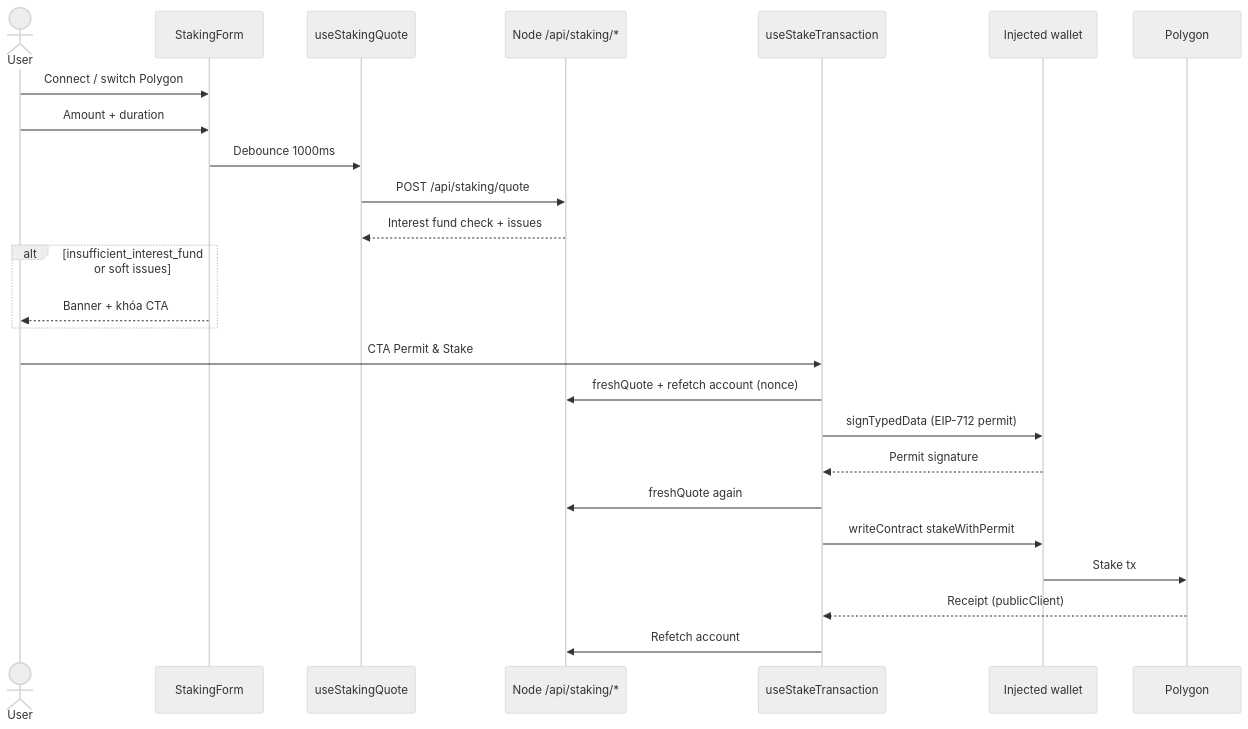
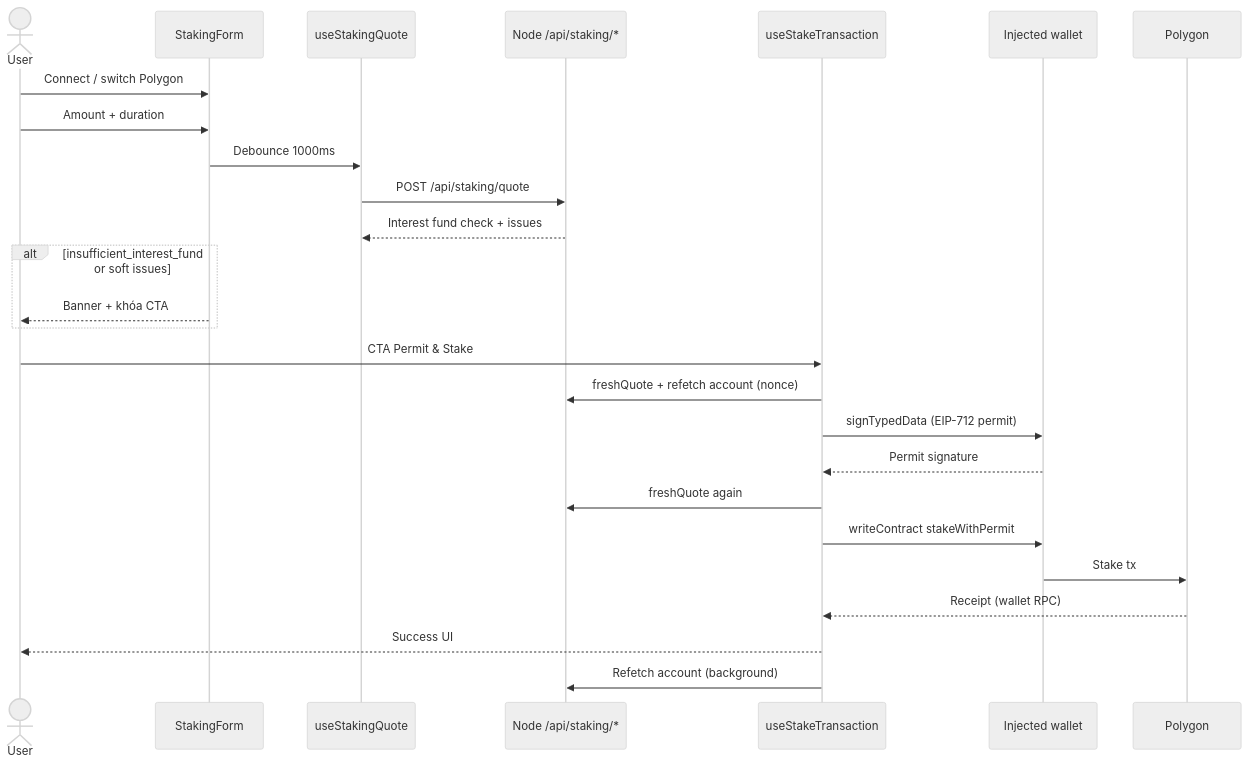
The second of 2 diagrams in docs/vi/staking-technical-overview.md (lx-production/prana-stats-revamp), drawn with Mermaid (neutral theme) before and after one commit. The commit also changed other lines of this file and 21 other files, not shown here.

Commit message:
Refactor Bonding and Staking transaction flows to decouple account synchronization from receipt confirmation, allowing for immediate success UI display.

````diff
--- a/docs/vi/staking-technical-overview.md
+++ b/docs/vi/staking-technical-overview.md
@@ -136,30 +136,31 @@
 ```mermaid
 sequenceDiagram
   actor User
   participant Form as StakingForm
   participant Quote as useStakingQuote
   participant API as Node /api/staking/*
   participant Tx as useStakeTransaction
   participant Wallet as Injected wallet
   participant Chain as Polygon
 
   User->>Form: Connect / switch Polygon
   User->>Form: Amount + duration
   Form->>Quote: Debounce 1000ms
   Quote->>API: POST /api/staking/quote
   API-->>Quote: Interest fund check + issues
 
   alt insufficient_interest_fund or soft issues
     Form-->>User: Banner + khóa CTA
   end
 
   User->>Tx: CTA Permit & Stake
   Tx->>API: freshQuote + refetch account (nonce)
   Tx->>Wallet: signTypedData (EIP-712 permit)
   Wallet-->>Tx: Permit signature
   Tx->>API: freshQuote again
   Tx->>Wallet: writeContract stakeWithPermit
   Wallet->>Chain: Stake tx
-  Chain-->>Tx: Receipt (publicClient)
-  Tx->>API: Refetch account
+  Chain-->>Tx: Receipt (wallet RPC)
+  Tx-->>User: Success UI
+  Tx->>API: Refetch account (background)
 ```
````
